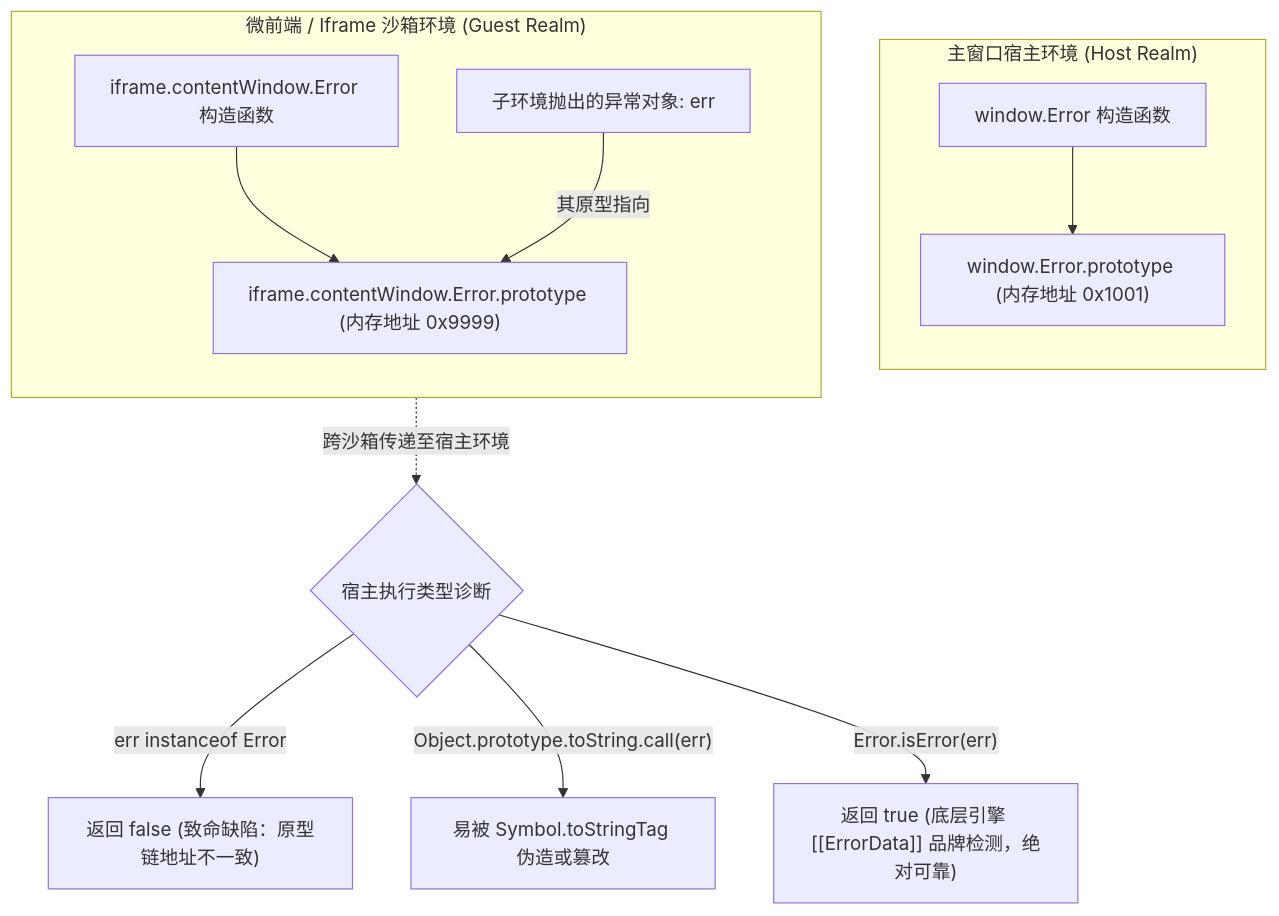
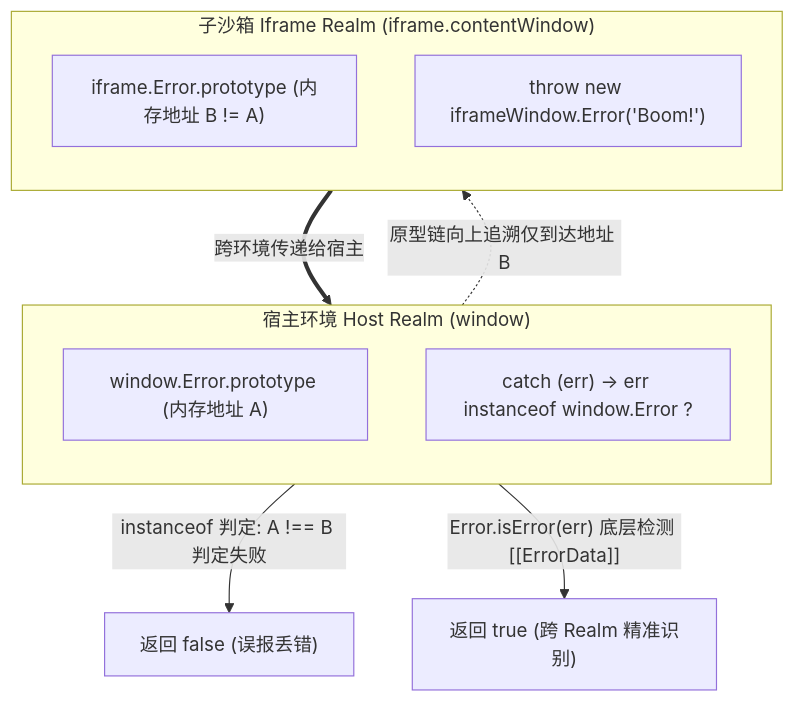
The fifth of 8 diagrams in docs/01.js/12.new-features.md (zenHeart/web-interview), drawn with Mermaid before and after one commit. The commit also changed other lines of this file and 10 other files, not shown here.

````diff
--- a/docs/01.js/12.new-features.md
+++ b/docs/01.js/12.new-features.md
@@ -575,22 +605,19 @@
 ```mermaid
 flowchart TD
-    subgraph HostRealm["主窗口宿主环境 (Host Realm)"]
+    subgraph HostRealm["宿主环境 Host Realm (window)"]
         direction TB
-        HostError["window.Error 构造函数"]
-        HostProto["window.Error.prototype (内存地址 0x1001)"]
-        HostError --> HostProto
+        HostErrProto["window.Error.prototype (内存地址 A)"]
+        CatchBlock["catch (err) -> err instanceof window.Error ?"]
     end
 
-    subgraph IframeRealm["微前端 / Iframe 沙箱环境 (Guest Realm)"]
+    subgraph IframeRealm["子沙箱 Iframe Realm (iframe.contentWindow)"]
         direction TB
-        IframeError["iframe.contentWindow.Error 构造函数"]
-        IframeProto["iframe.contentWindow.Error.prototype (内存地址 0x9999)"]
-        IframeError --> IframeProto
-        ThrownErr["子环境抛出的异常对象: err"] -->|"其原型指向"| IframeProto
+        IframeErrProto["iframe.Error.prototype (内存地址 B != A)"]
+        ThrowSite["throw new iframeWindow.Error('Boom!')"]
     end
 
-    ThrownErr -.->|"跨沙箱传递至宿主环境"| HostAudit{"宿主执行类型诊断"}
-    HostAudit -- "err instanceof Error" --> Fail["返回 false (致命缺陷：原型链地址不一致)"]
-    HostAudit -- "Object.prototype.toString.call(err)" --> Insecure["易被 Symbol.toStringTag 伪造或篡改"]
-    HostAudit -- "Error.isError(err)" --> Success["返回 true (底层引擎 [[ErrorData]] 品牌检测，绝对可靠)"]
+    ThrowSite ==>|"跨环境传递给宿主"| CatchBlock
+    CatchBlock -.->|"原型链向上追溯仅到达地址 B"| IframeErrProto
+    CatchBlock -- "instanceof 判定: A !== B 判定失败" --> Fail["返回 false (误报丢错)"]
+    CatchBlock -- "Error.isError(err) 底层检测 [[ErrorData]]" --> Success["返回 true (跨 Realm 精准识别)"]
 ```
````
